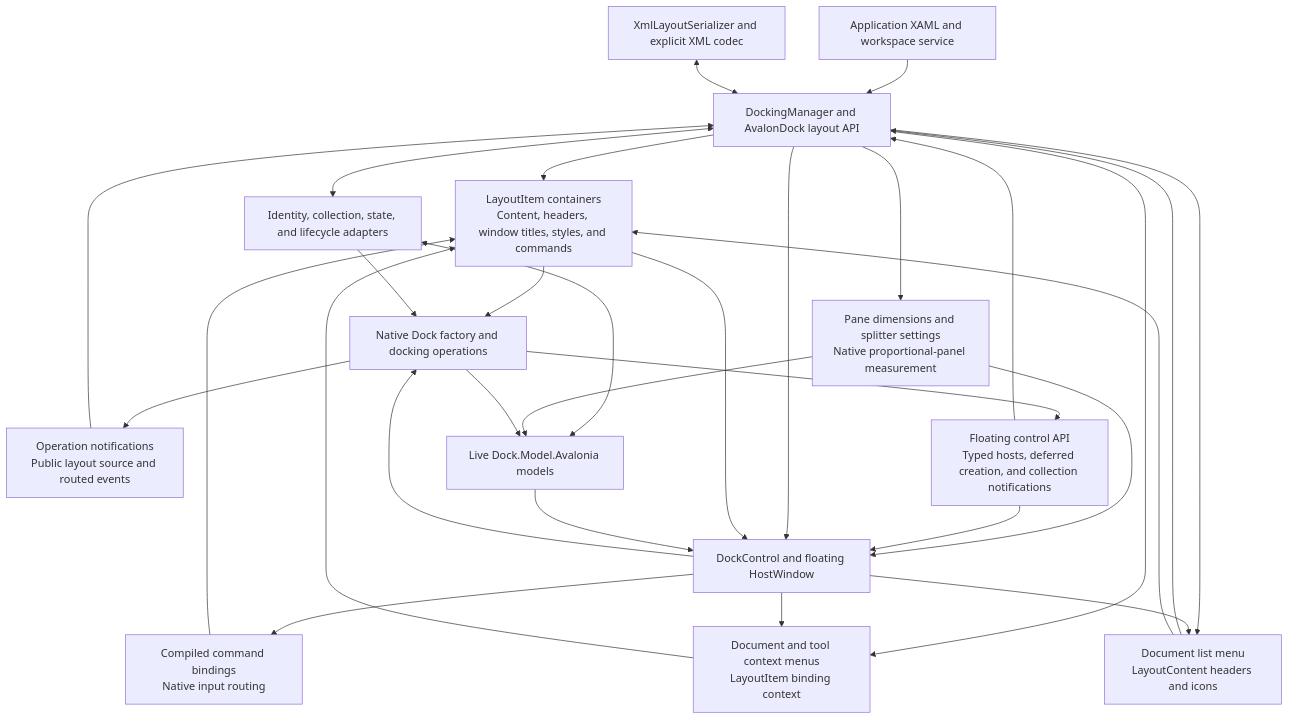
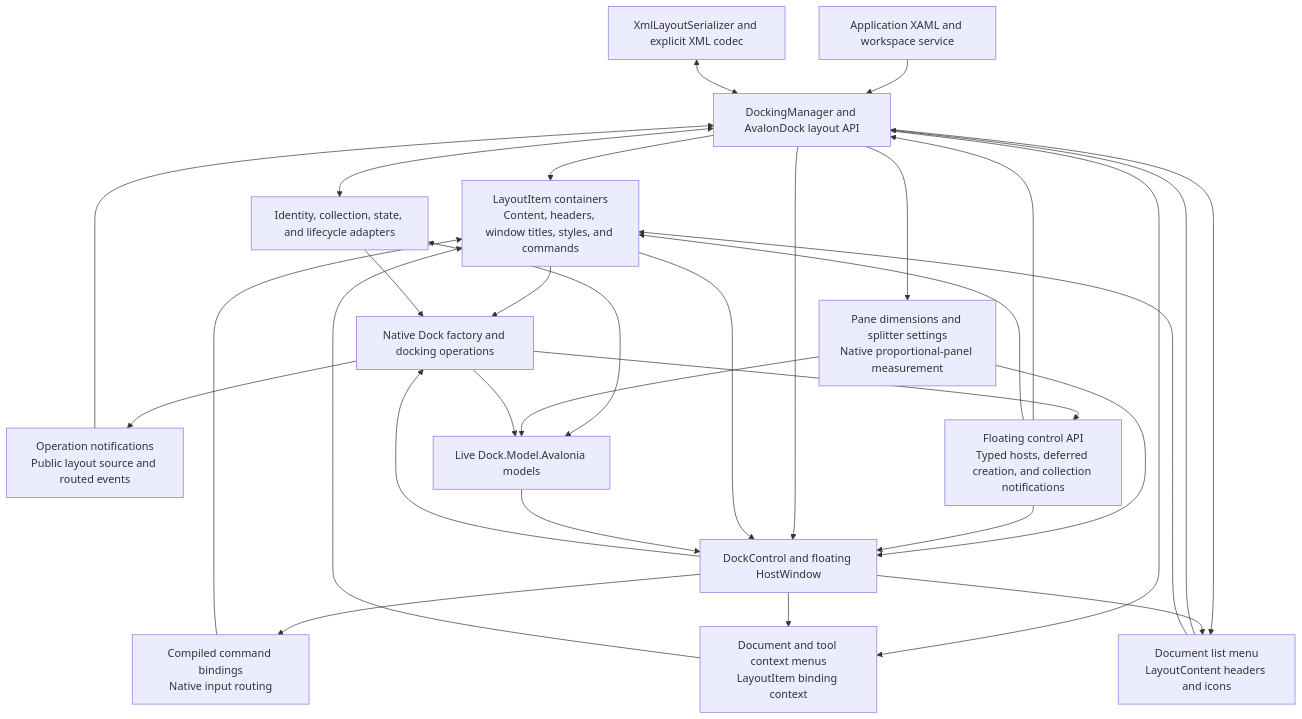
The diagram in src/Dock.Avalonia.AvalonDock/AVALONDOCK.md (wieslawsoltes/Dock), drawn with Mermaid before and after one commit. The commit also changed other lines of this file and 13 other files, not shown here.

````diff
--- a/src/Dock.Avalonia.AvalonDock/AVALONDOCK.md
+++ b/src/Dock.Avalonia.AvalonDock/AVALONDOCK.md
@@ -314,46 +324,47 @@
 ```mermaid
 flowchart TB
     App["Application XAML and workspace service"]
     Api["DockingManager and AvalonDock layout API"]
     Items["LayoutItem containers<br/>Content, headers, window titles, styles, and commands"]
     Commands["Compiled command bindings<br/>Native input routing"]
     Menus["Document and tool context menus<br/>LayoutItem binding context"]
     DocumentList["Document list menu<br/>LayoutContent headers and icons"]
     Bridge["Identity, collection, state, and lifecycle adapters"]
     Events["Operation notifications<br/>Public layout source and routed events"]
     Hosts["Floating control API<br/>Typed hosts, deferred creation, and collection notifications"]
     Sizing["Pane dimensions and splitter settings<br/>Native proportional-panel measurement"]
     Models["Live Dock.Model.Avalonia models"]
     Factory["Native Dock factory and docking operations"]
     View["DockControl and floating HostWindow"]
     Xml["XmlLayoutSerializer and explicit XML codec"]
     App --> Api
     Api --> Items
     Items --> Factory
     Api <--> Bridge
     Bridge <--> Models
     Api --> Sizing
     Sizing --> Models
     Sizing --> View
     Bridge --> Factory
     Factory --> Models
     Factory --> Events
     Events --> Api
     Factory --> Hosts
     Hosts --> View
     Hosts --> Api
+    Hosts --> Items
     Api --> View
     Items --> View
     View --> Commands
     Commands --> Items
     Api --> Menus
     View --> Menus
     Menus --> Items
     Api --> DocumentList
     View --> DocumentList
     DocumentList --> Api
     DocumentList --> Items
     Models --> View
     View --> Factory
     Xml <--> Api
 ```
````
